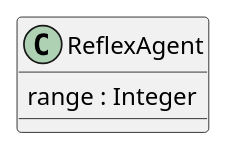
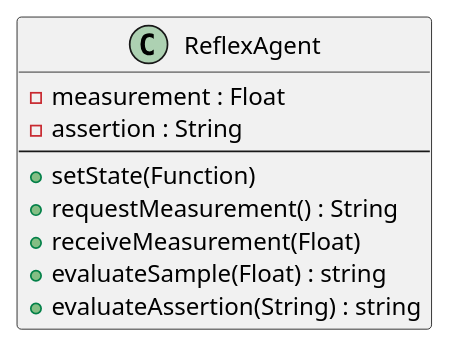
One commit to Ajmicco18/CSIS-5824-Applied-AI changed the diagram in UML Documents/reflexAgentClass.puml. Above: the diagram before and after it, drawn with PlantUML. The commit also changed 3 other files, not shown here.

Commit message:
finished UML Diagrams

```diff
--- a/UML Documents/reflexAgentClass.puml
+++ b/UML Documents/reflexAgentClass.puml
@@ -1,7 +1,13 @@
 @startuml reflexAgentClass
 
 class ReflexAgent {
-    range : Integer
-    
+    -measurement : Float
+    -assertion : String
+    --
+    +setState(Function)
+    +requestMeasurement() : String
+    +receiveMeasurement(Float)
+    +evaluateSample(Float) : string
+    +evaluateAssertion(String) : string
 }
 @enduml
```
